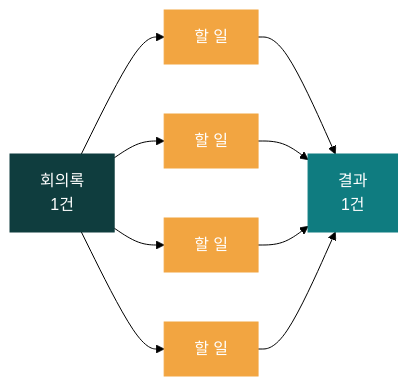
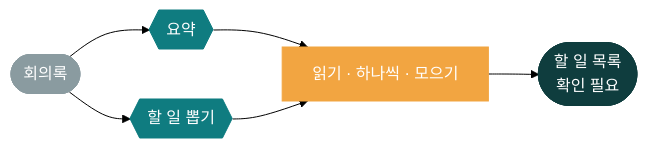
Before and after one commit to jbbdyee/ai-engineering-lab: the first of 3 diagrams in Lecture/66/00-DAY66-OVERVIEW.md, drawn with Mermaid (forest theme). The commit also changed other lines of this file and 40 other files, not shown here.

````diff
--- a/Lecture/66/00-DAY66-OVERVIEW.md
+++ b/Lecture/66/00-DAY66-OVERVIEW.md
@@ -18,11 +18,13 @@
 ```mermaid
 flowchart LR
-  M["회의록<br/>1건"] --> A1["할 일"] & A2["할 일"] & A3["할 일"] & A4["할 일"]
-  A1 & A2 & A3 & A4 --> R["결과<br/>1건"]
+  N(["회의록"]) --> S{{"요약"}} & E{{"할 일 뽑기"}}
+  S & E --> P["읽기 · 하나씩 · 모으기"] --> R(["할 일 목록<br/>확인 필요"])
+  classDef g fill:#8A9BA0,stroke:#8A9BA0,color:#fff
+  classDef t fill:#0F7C80,stroke:#0F7C80,color:#fff
+  classDef o fill:#F2A541,stroke:#F2A541,color:#fff
   classDef d fill:#0F3D3E,stroke:#0F3D3E,color:#fff
-  classDef o fill:#F2A541,stroke:#F2A541,color:#fff
-  classDef t fill:#0F7C80,stroke:#0F7C80,color:#fff
-  class M d
-  class A1,A2,A3,A4 o
-  class R t
+  class N g
+  class S,E t
+  class P o
+  class R d
 ```
````
